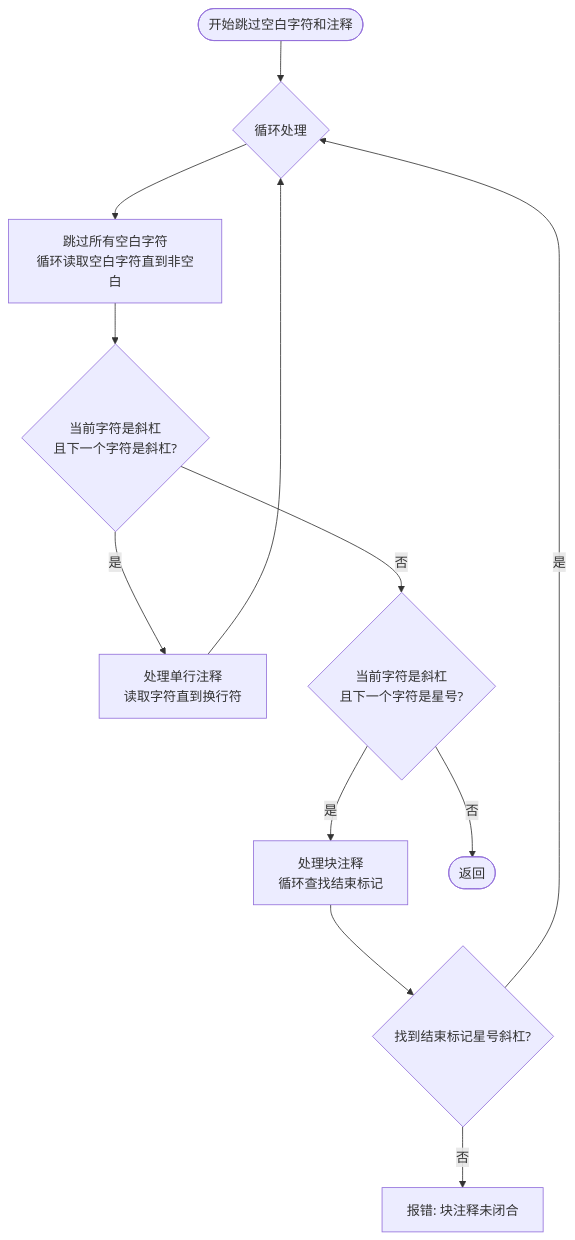
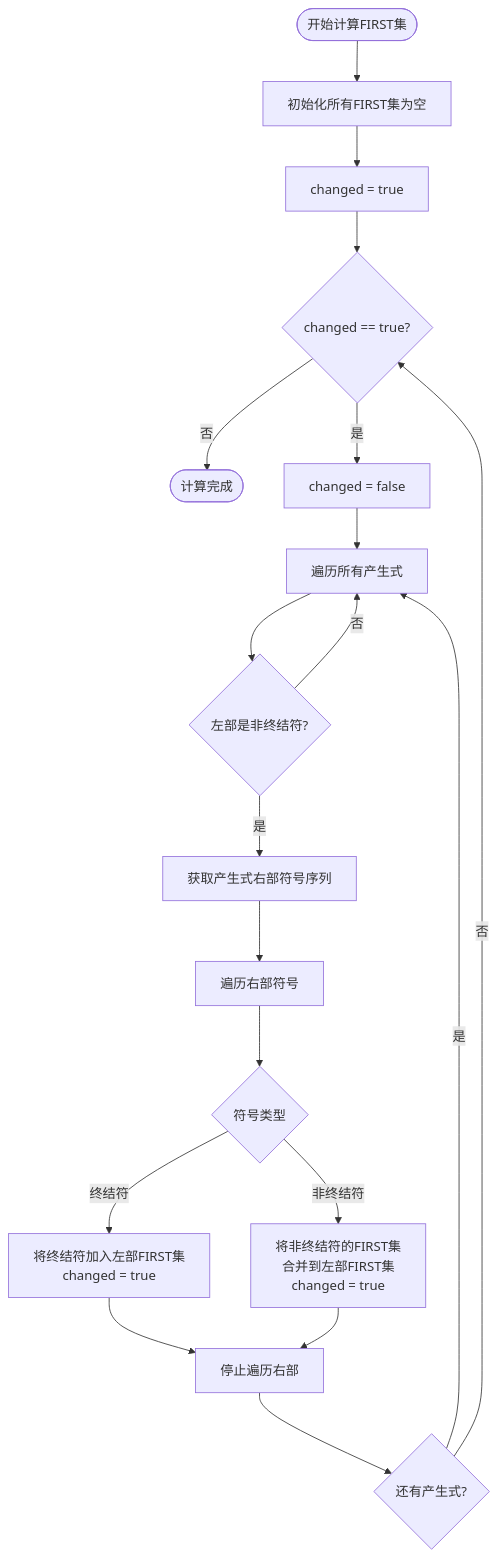
The second of 7 diagrams in README.md (zhengky-paper-account/-CF-OF-), drawn with Mermaid before and after one commit. The commit also changed other lines of this file, not shown here.

````diff
--- a/README.md
+++ b/README.md
@@ -47,14 +53,21 @@
 ```mermaid
 flowchart TD
-    开始([开始跳过空白字符和注释]) --> 循环处理{循环处理}
-    循环处理 --> 跳过空白[跳过所有空白字符<br/>循环读取空白字符直到非空白]
-    跳过空白 --> 检查单行注释{当前字符是斜杠<br/>且下一个字符是斜杠?}
-    检查单行注释 -->|是| 处理单行注释[处理单行注释<br/>读取字符直到换行符]
-    处理单行注释 --> 循环处理
-    检查单行注释 -->|否| 检查块注释{当前字符是斜杠<br/>且下一个字符是星号?}
-    检查块注释 -->|是| 处理块注释[处理块注释<br/>循环查找结束标记]
-    处理块注释 --> 检查结束标记{找到结束标记星号斜杠?}
-    检查结束标记 -->|否| 报错块注释[报错: 块注释未闭合]
-    检查结束标记 -->|是| 循环处理
-    检查块注释 -->|否| 返回([返回])
+    开始([开始计算FIRST集]) --> 初始化[初始化所有FIRST集为空]
+    初始化 --> 设置标志[changed = true]
+    设置标志 --> 循环判断{changed == true?}
+    循环判断 -->|否| 完成([计算完成])
+    循环判断 -->|是| 设置标志2[changed = false]
+    设置标志2 --> 遍历产生式[遍历所有产生式]
+    遍历产生式 --> 检查左部{左部是非终结符?}
+    检查左部 -->|否| 遍历产生式
+    检查左部 -->|是| 获取右部[获取产生式右部符号序列]
+    获取右部 --> 遍历右部符号[遍历右部符号]
+    遍历右部符号 --> 检查符号类型{符号类型}
+    检查符号类型 -->|终结符| 加入FIRST[将终结符加入左部FIRST集<br/>changed = true]
+    检查符号类型 -->|非终结符| 合并FIRST[将非终结符的FIRST集<br/>合并到左部FIRST集<br/>changed = true]
+    加入FIRST --> 停止遍历[停止遍历右部]
+    合并FIRST --> 停止遍历
+    停止遍历 --> 检查下一个产生式{还有产生式?}
+    检查下一个产生式 -->|是| 遍历产生式
+    检查下一个产生式 -->|否| 循环判断
 ```
````
